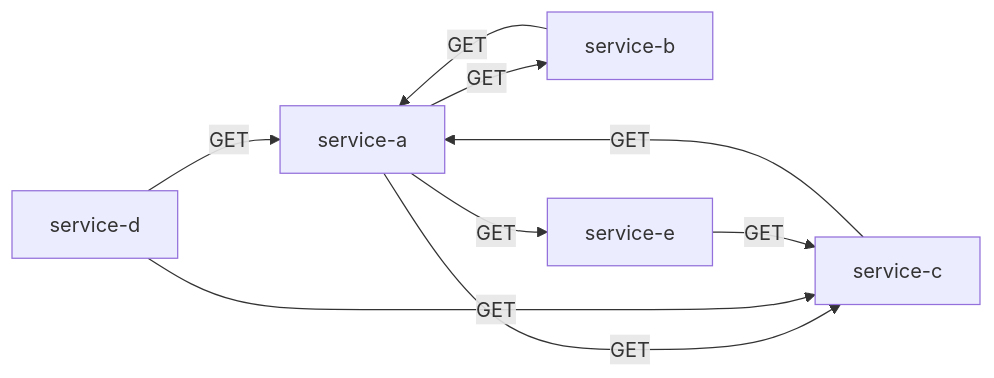
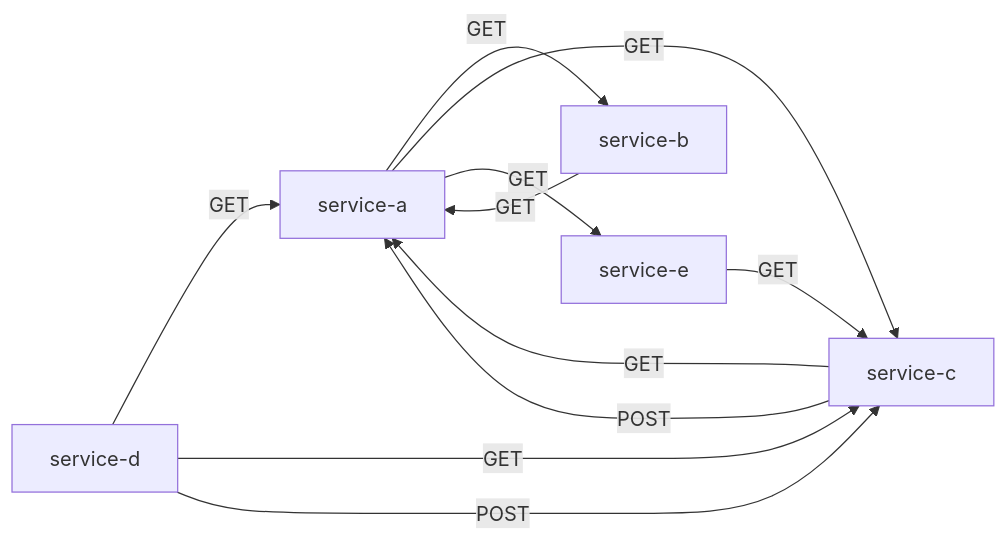
Before and after one commit to lokesh0507/First_project: the diagram in output/deps.md, drawn with Mermaid. The commit also changed 6 other files, not shown here.

````diff
--- a/output/deps.md
+++ b/output/deps.md
@@ -1,11 +1,13 @@
 ```mermaid
 graph LR
   service-a -->|GET| service-b
   service-a -->|GET| service-c
   service-a -->|GET| service-e
   service-b -->|GET| service-a
   service-c -->|GET| service-a
+  service-c -->|POST| service-a
   service-d -->|GET| service-a
   service-d -->|GET| service-c
+  service-d -->|POST| service-c
   service-e -->|GET| service-c
 ```
````
